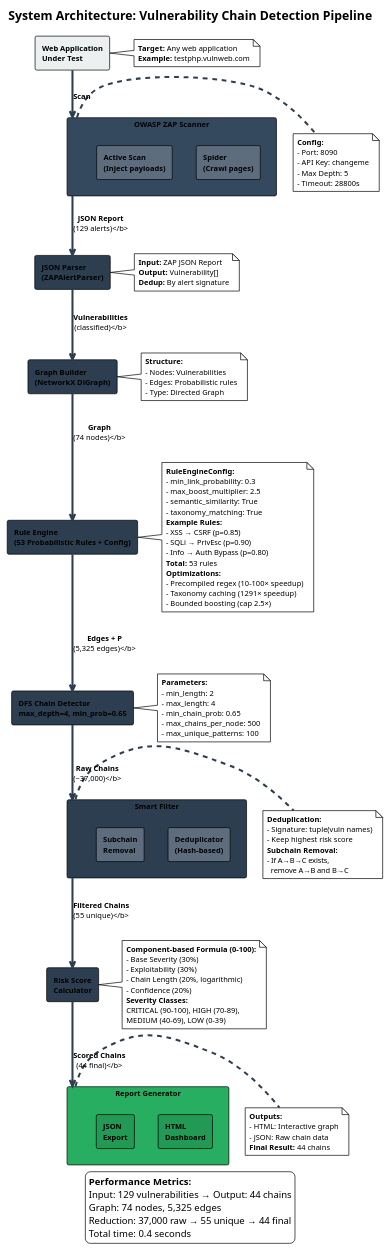
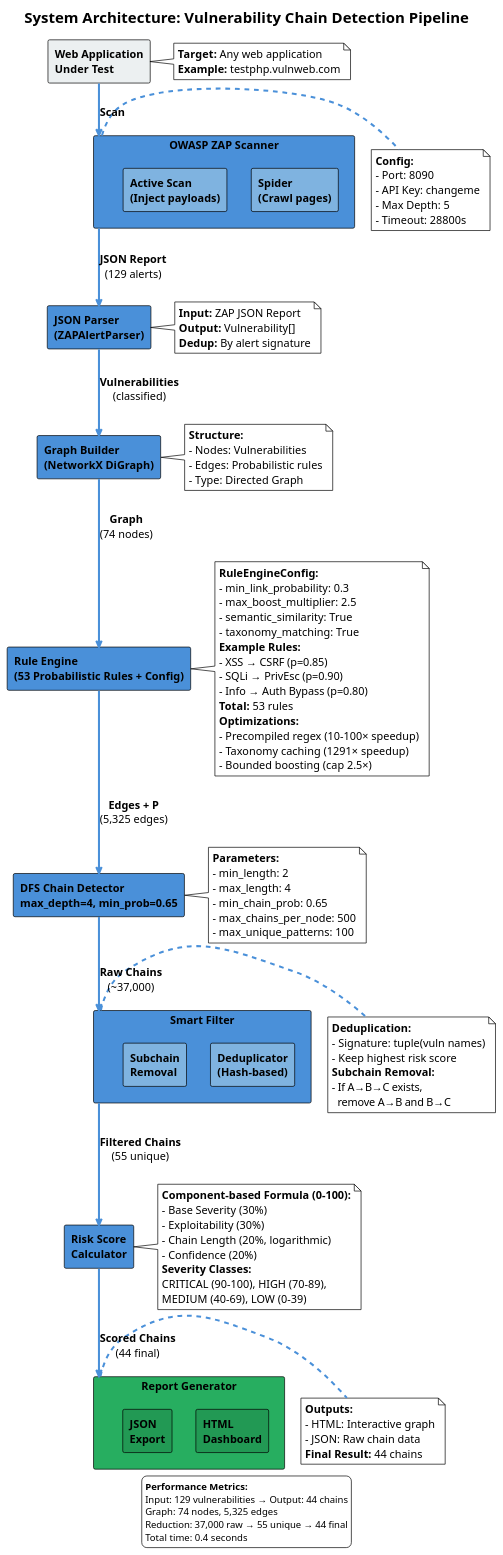
Before and after one commit to Darrii/owaspzap: the diagram in experiments/figure_1_architecture.puml, drawn with PlantUML. The commit also changed 6 other files, not shown here.

First line of the commit message:
Update article and diagrams: increase fonts and fix rendering issues

```diff
--- a/experiments/figure_1_architecture.puml
+++ b/experiments/figure_1_architecture.puml
@@ -1,139 +1,139 @@
 @startuml figure_1_architecture
 !theme plain
 skinparam backgroundColor transparent
 skinparam shadowing false
 skinparam defaultFontName Arial
-skinparam defaultFontSize 11
-skinparam rectangleFontSize 11
+skinparam defaultFontSize 16
+skinparam rectangleFontSize 16
 skinparam rectangleFontStyle bold
 skinparam ArrowThickness 3
-skinparam ArrowColor #2C3E50
+skinparam ArrowColor #4A90D9
 
-title <size:18><b>System Architecture: Vulnerability Chain Detection Pipeline</b></size>
+title <size:22><b>System Architecture: Vulnerability Chain Detection Pipeline</b></size>
 
 rectangle "Web Application\nUnder Test" as webapp #ECF0F1 {
 }
 
 note right of webapp
   <b>Target:</b> Any web application
   <b>Example:</b> testphp.vulnweb.com
 end note
 
-rectangle "OWASP ZAP Scanner" as zap #34495E {
-  rectangle "Spider\n(Crawl pages)" as spider #5D6D7E
-  rectangle "Active Scan\n(Inject payloads)" as active #5D6D7E
+rectangle "OWASP ZAP Scanner" as zap #4A90D9 {
+  rectangle "Spider\n(Crawl pages)" as spider #7FB3E0
+  rectangle "Active Scan\n(Inject payloads)" as active #7FB3E0
 }
 
 note right of zap
   <b>Config:</b>
   - Port: 8090
   - API Key: changeme
   - Max Depth: 5
   - Timeout: 28800s
 end note
 
-rectangle "JSON Parser\n(ZAPAlertParser)" as parser #2C3E50
+rectangle "JSON Parser\n(ZAPAlertParser)" as parser #4A90D9
 
 note right of parser
   <b>Input:</b> ZAP JSON Report
   <b>Output:</b> Vulnerability[]
   <b>Dedup:</b> By alert signature
 end note
 
-rectangle "Graph Builder\n(NetworkX DiGraph)" as graph #2C3E50
+rectangle "Graph Builder\n(NetworkX DiGraph)" as graph #4A90D9
 
 note right of graph
   <b>Structure:</b>
   - Nodes: Vulnerabilities
   - Edges: Probabilistic rules
   - Type: Directed Graph
 end note
 
-rectangle "Rule Engine\n(53 Probabilistic Rules + Config)" as rules #2C3E50
+rectangle "Rule Engine\n(53 Probabilistic Rules + Config)" as rules #4A90D9
 
 note right of rules
   <b>RuleEngineConfig:</b>
   - min_link_probability: 0.3
   - max_boost_multiplier: 2.5
   - semantic_similarity: True
   - taxonomy_matching: True
   <b>Example Rules:</b>
   - XSS → CSRF (p=0.85)
   - SQLi → PrivEsc (p=0.90)
   - Info → Auth Bypass (p=0.80)
   <b>Total:</b> 53 rules
   <b>Optimizations:</b>
   - Precompiled regex (10-100× speedup)
   - Taxonomy caching (1291× speedup)
   - Bounded boosting (cap 2.5×)
 end note
 
-rectangle "DFS Chain Detector\nmax_depth=4, min_prob=0.65" as dfs #2C3E50
+rectangle "DFS Chain Detector\nmax_depth=4, min_prob=0.65" as dfs #4A90D9
 
 note right of dfs
   <b>Parameters:</b>
   - min_length: 2
   - max_length: 4
   - min_chain_prob: 0.65
   - max_chains_per_node: 500
   - max_unique_patterns: 100
 end note
 
-rectangle "Smart Filter" as filter #2C3E50 {
-  rectangle "Deduplicator\n(Hash-based)" as dedup #5D6D7E
-  rectangle "Subchain\nRemoval" as subchain #5D6D7E
+rectangle "Smart Filter" as filter #4A90D9 {
+  rectangle "Deduplicator\n(Hash-based)" as dedup #7FB3E0
+  rectangle "Subchain\nRemoval" as subchain #7FB3E0
 }
 
 note right of filter
   <b>Deduplication:</b>
   - Signature: tuple(vuln names)
   - Keep highest risk score
   <b>Subchain Removal:</b>
   - If A→B→C exists,
     remove A→B and B→C
 end note
 
-rectangle "Risk Score\nCalculator" as risk #2C3E50
+rectangle "Risk Score\nCalculator" as risk #4A90D9
 
 note right of risk
   <b>Component-based Formula (0-100):</b>
   - Base Severity (30%)
   - Exploitability (30%)
   - Chain Length (20%, logarithmic)
   - Confidence (20%)
   <b>Severity Classes:</b>
   CRITICAL (90-100), HIGH (70-89),
   MEDIUM (40-69), LOW (0-39)
 end note
 
 rectangle "Report Generator" as report #27AE60 {
   rectangle "HTML\nDashboard" as html #229954
   rectangle "JSON\nExport" as json #229954
 }
 
 note right of report
   <b>Outputs:</b>
   - HTML: Interactive graph
   - JSON: Raw chain data
   <b>Final Result:</b> 44 chains
 end note
 
 ' Vertical flow with labels
 webapp -down-> zap : <b>Scan</b>
-zap -down-> parser : <b>JSON Report\n(129 alerts)</b>
-parser -down-> graph : <b>Vulnerabilities\n(classified)</b>
-graph -down-> rules : <b>Graph\n(74 nodes)</b>
-rules -down-> dfs : <b>Edges + P\n(5,325 edges)</b>
-dfs -down-> filter : <b>Raw Chains\n(~37,000)</b>
-filter -down-> risk : <b>Filtered Chains\n(55 unique)</b>
-risk -down-> report : <b>Scored Chains\n(44 final)</b>
+zap -down-> parser : <b>JSON Report\n(129 alerts)
+parser -down-> graph : <b>Vulnerabilities\n(classified)
+graph -down-> rules : <b>Graph\n(74 nodes)
+rules -down-> dfs : <b>Edges + P\n(5,325 edges)
+dfs -down-> filter : <b>Raw Chains\n(~37,000)
+filter -down-> risk : <b>Filtered Chains\n(55 unique)
+risk -down-> report : <b>Scored Chains\n(44 final)
 
 legend bottom
   <b>Performance Metrics:</b>
   Input: 129 vulnerabilities → Output: 44 chains
   Graph: 74 nodes, 5,325 edges
   Reduction: 37,000 raw → 55 unique → 44 final
   Total time: 0.4 seconds
 endlegend
 
 @enduml
```
